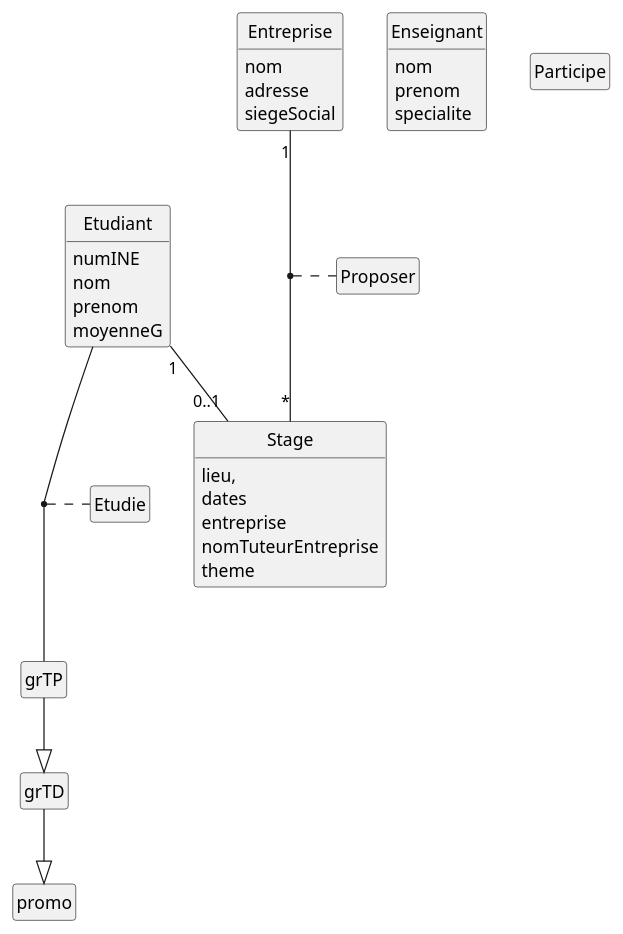
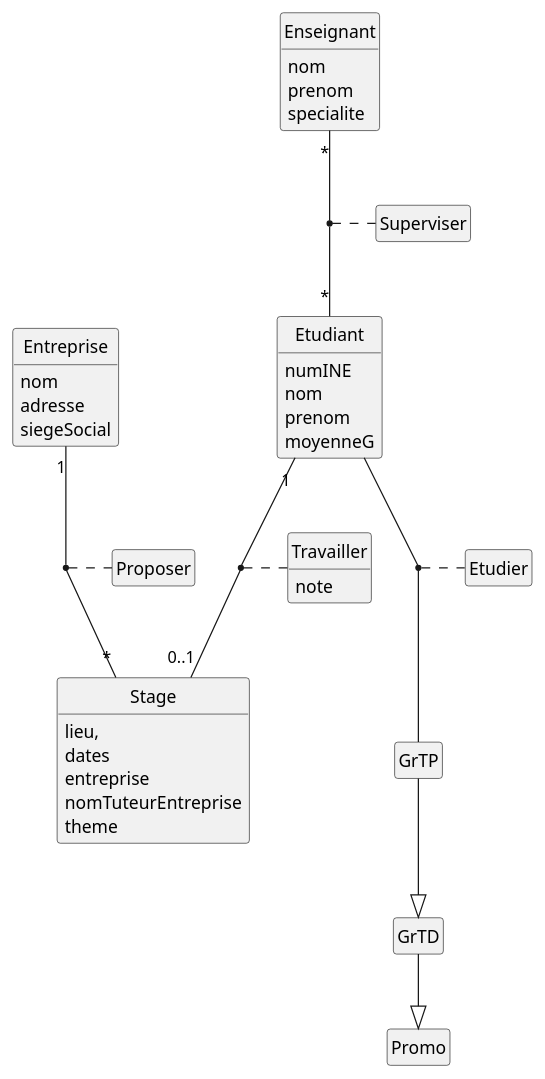
One commit to IUT-Blagnac/bcoo-NicolasIUT changed the diagram in TD03/TD3.1.1.plantuml. Above: the diagram before and after it, drawn with PlantUML.

```diff
--- a/TD03/TD3.1.1.plantuml
+++ b/TD03/TD3.1.1.plantuml
@@ -1,76 +1,84 @@
 @startuml TD3.1.1
 '--------------------------------
 ' Parametres pour le dessin
 '--------------------------------
 hide circle
 hide empty members
 hide empty methods
 '--------------------------------
 
 'usecase recenser as "Recenser les demandes de stage"
 
 class Entreprise {
   nom
   adresse
   siegeSocial
 }
 
 class Etudiant {
   numINE
   nom
   prenom
   moyenneG
 }
 
 class Enseignant {
   nom
   prenom
   specialite
 }
 
 class Stage {
   lieu,
   dates
   entreprise
   nomTuteurEntreprise
   theme
 }
 
-class grTP {
+class GrTP {
   
 }
 
-class grTD {
+class GrTD {
   
 }
 
-class promo {
+class Promo {
   
 }
 
 class Proposer {
   
 }
 
-class Participe {
+class Travailler {
+  note
+}
+
+class Etudier {
   
 }
 
-class Etudie {
+class Superviser {
   
 }
 
-grTP --|> grTD
-grTD --|> promo
+GrTP --|> GrTD
+GrTD --|> Promo
 
-Etudiant -- grTP
-(Etudiant, grTP) . Etudie
+Etudiant -- GrTP
+
+Enseignant "*" -- "*" Etudiant
 
 Entreprise "1" -- "*" Stage
 Etudiant "1" -- "0..1" Stage
 
+(Etudiant, GrTP) . Etudier
 (Entreprise, Stage) . Proposer
+(Etudiant, Stage) . Travailler
+(Enseignant, Etudiant) . Superviser
 
 
 
 @enduml
```
